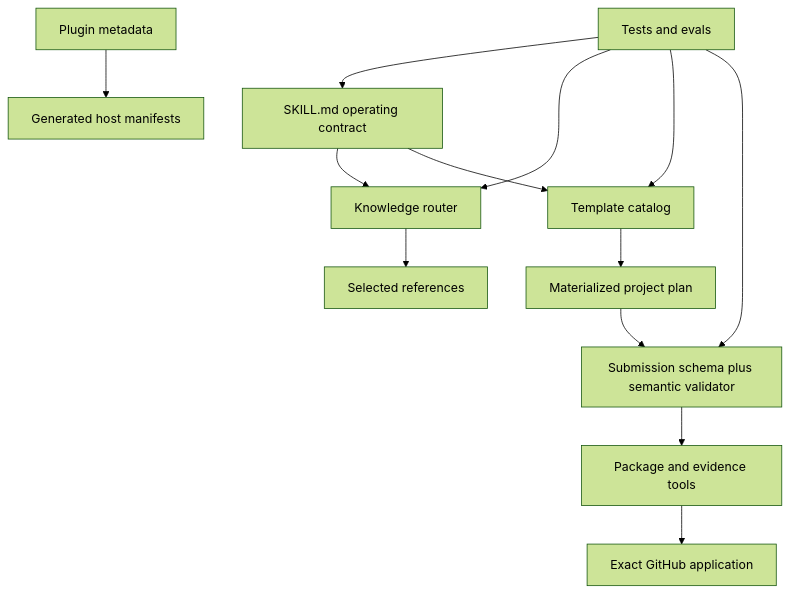
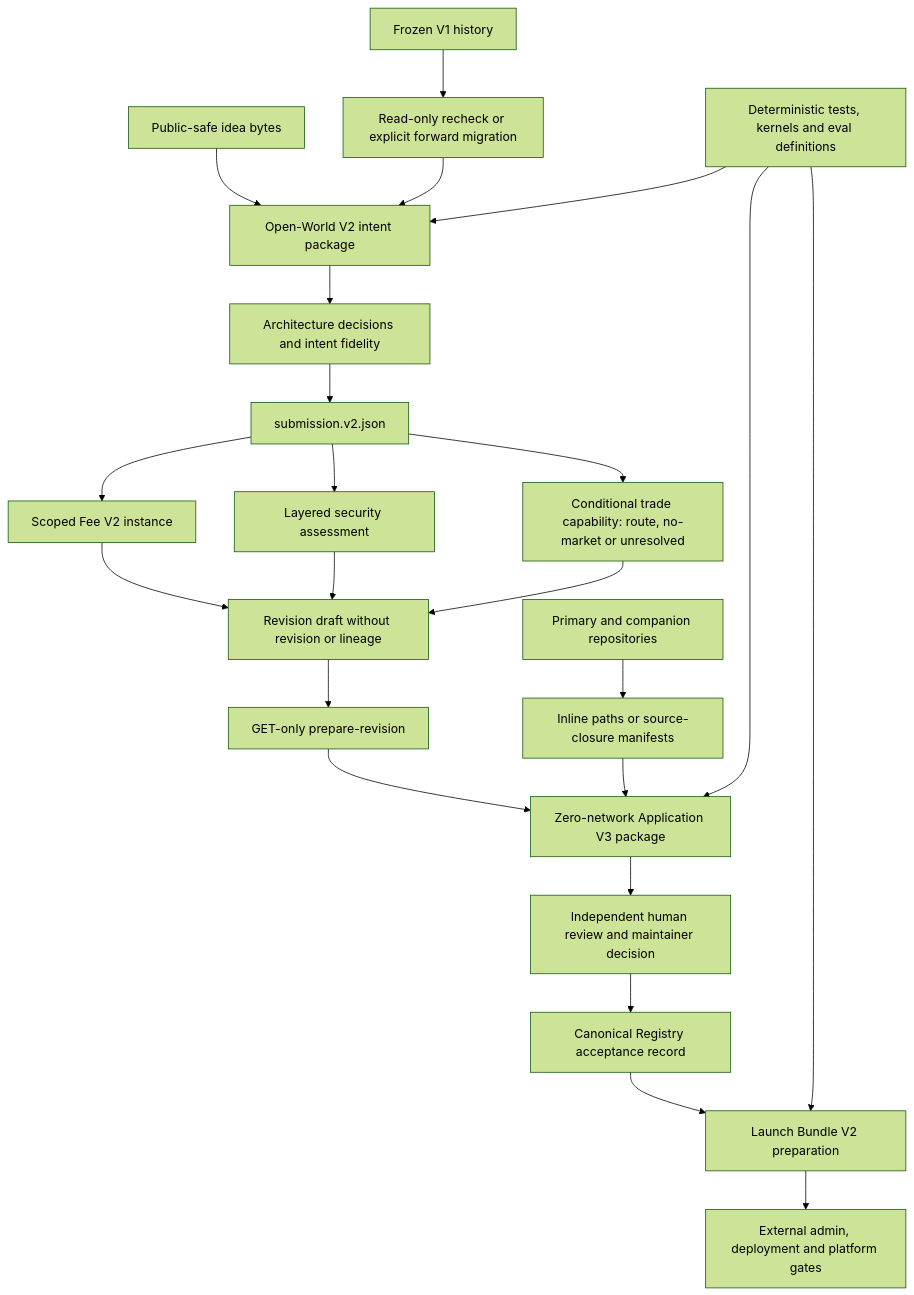
One commit to 0xprogrammable/hookbuilder changed the diagram in docs/ARCHITECTURE.md. Above: the diagram before and after it, drawn with Mermaid (forest theme). The commit also changed other lines of this file and 1256 other files, not shown here.

First line of the commit message:
feat(builder): integrate v0.5.1 open-world compiler

````diff
--- a/docs/ARCHITECTURE.md
+++ b/docs/ARCHITECTURE.md
@@ -24,15 +59,25 @@
 ```mermaid
 flowchart TD
-  S["SKILL.md operating contract"] --> K["Knowledge router"]
-  K --> R["Selected references"]
-  S --> C["Template catalog"]
-  C --> P["Materialized project plan"]
-  P --> M["Submission schema plus semantic validator"]
-  M --> E["Package and evidence tools"]
-  E --> G["Exact GitHub application"]
-  T["Tests and evals"] --> S
-  T --> K
-  T --> C
-  T --> M
-  H["Plugin metadata"] --> O["Generated host manifests"]
+  I["Public-safe idea bytes"] --> O["Open-World V2 intent package"]
+  O --> A["Architecture decisions and intent fidelity"]
+  A --> S["submission.v2.json"]
+  S --> F["Scoped Fee V2 instance"]
+  S --> Q["Layered security assessment"]
+  S --> TC["Conditional trade capability: route, no-market or unresolved"]
+  F --> D["Revision draft without revision or lineage"]
+  Q --> D
+  TC --> D
+  D --> G["GET-only prepare-revision"]
+  G --> P["Zero-network Application V3 package"]
+  R["Primary and companion repositories"] --> C["Inline paths or source-closure manifests"]
+  C --> P
+  P --> H["Independent human review and maintainer decision"]
+  H --> R2["Canonical Registry acceptance record"]
+  R2 --> L["Launch Bundle V2 preparation"]
+  L --> X["External admin, deployment and platform gates"]
+  V1["Frozen V1 history"] --> M["Read-only recheck or explicit forward migration"]
+  M --> O
+  T["Deterministic tests, kernels and eval definitions"] --> O
+  T --> P
+  T --> L
 ```
````
